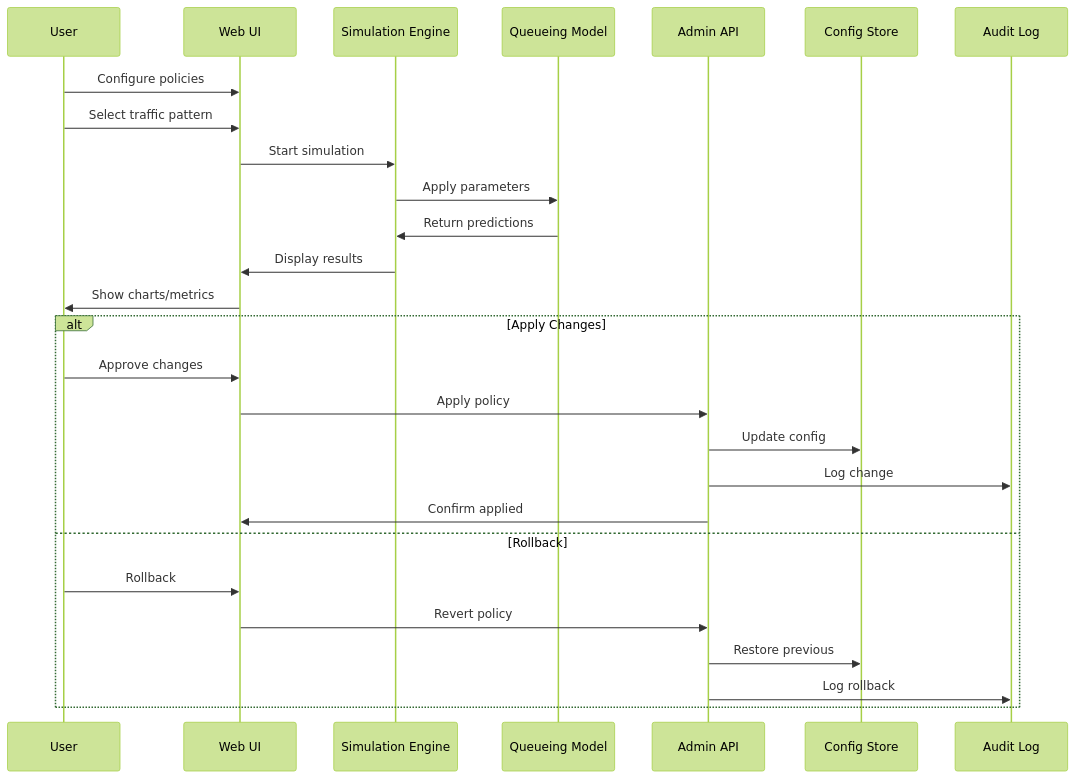
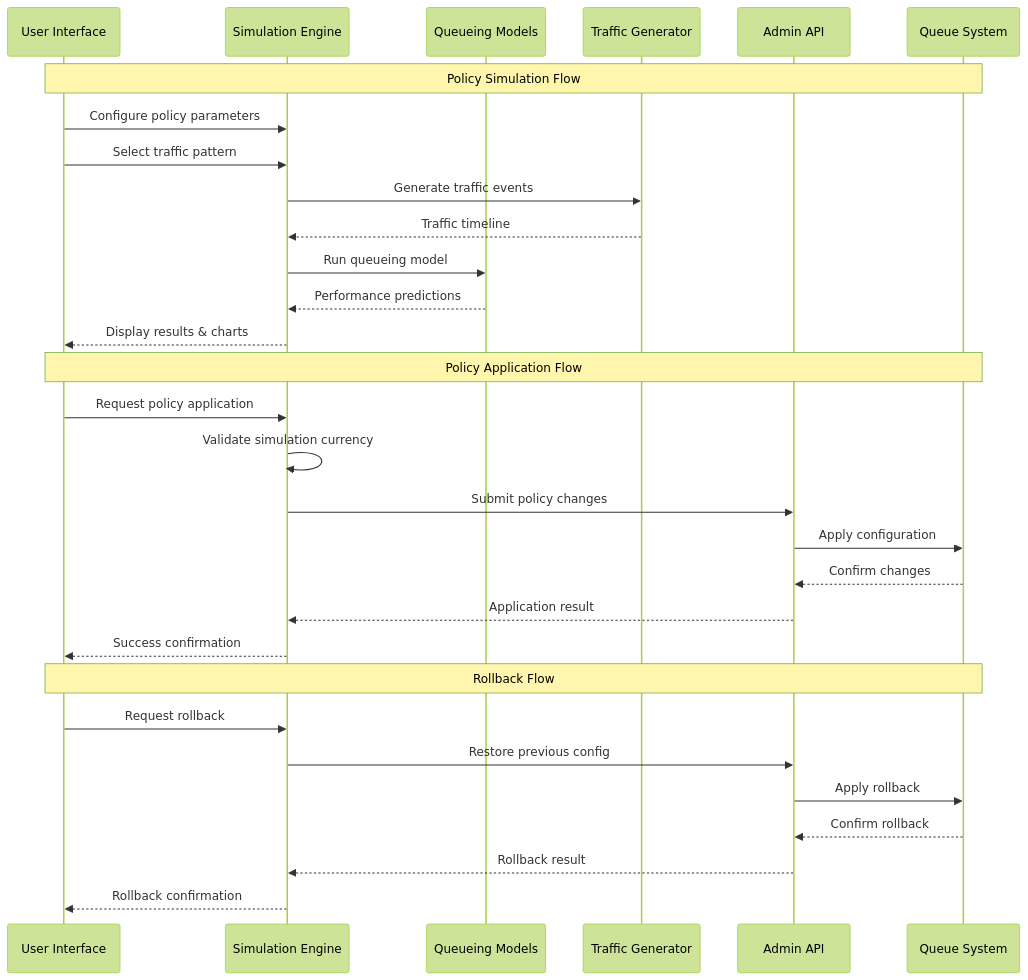
Before and after one commit to flyingrobots/go-redis-work-queue: the third of 3 diagrams in docs/design/f031-design.md, drawn with Mermaid (forest theme). The commit also changed other lines of this file and 10 other files, not shown here.

````diff
--- a/docs/design/f031-design.md
+++ b/docs/design/f031-design.md
@@ -116,31 +321,35 @@
 ```mermaid
 sequenceDiagram
-    participant U as User
-    participant UI as Web UI
-    participant SIM as Simulation Engine
-    participant MODEL as Queueing Model
-    participant API as Admin API
-    participant CONFIG as Config Store
-    participant AUDIT as Audit Log
+    participant U as User Interface
+    participant S as Simulation Engine
+    participant M as Queueing Models
+    participant T as Traffic Generator
+    participant A as Admin API
+    participant Q as Queue System
 
-    U->>UI: Configure policies
-    U->>UI: Select traffic pattern
-    UI->>SIM: Start simulation
-    SIM->>MODEL: Apply parameters
-    MODEL->>SIM: Return predictions
-    SIM->>UI: Display results
-    UI->>U: Show charts/metrics
+    Note over U,Q: Policy Simulation Flow
+    U->>S: Configure policy parameters
+    U->>S: Select traffic pattern
+    S->>T: Generate traffic events
+    T-->>S: Traffic timeline
+    S->>M: Run queueing model
+    M-->>S: Performance predictions
+    S-->>U: Display results & charts
 
-    alt Apply Changes
-        U->>UI: Approve changes
-        UI->>API: Apply policy
-        API->>CONFIG: Update config
-        API->>AUDIT: Log change
-        API->>UI: Confirm applied
-    else Rollback
-        U->>UI: Rollback
-        UI->>API: Revert policy
-        API->>CONFIG: Restore previous
-        API->>AUDIT: Log rollback
-    end
+    Note over U,Q: Policy Application Flow
+    U->>S: Request policy application
+    S->>S: Validate simulation currency
+    S->>A: Submit policy changes
+    A->>Q: Apply configuration
+    Q-->>A: Confirm changes
+    A-->>S: Application result
+    S-->>U: Success confirmation
+
+    Note over U,Q: Rollback Flow
+    U->>S: Request rollback
+    S->>A: Restore previous config
+    A->>Q: Apply rollback
+    Q-->>A: Confirm rollback
+    A-->>S: Rollback result
+    S-->>U: Rollback confirmation
 ```
````
